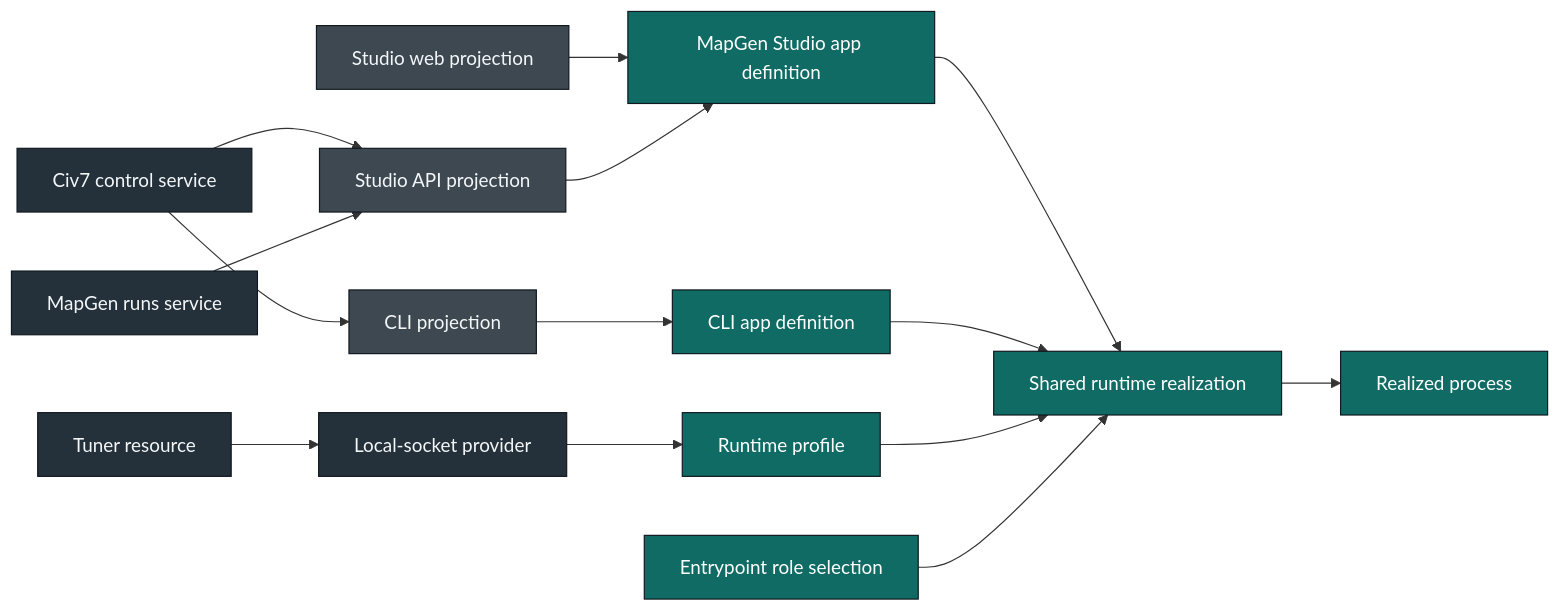
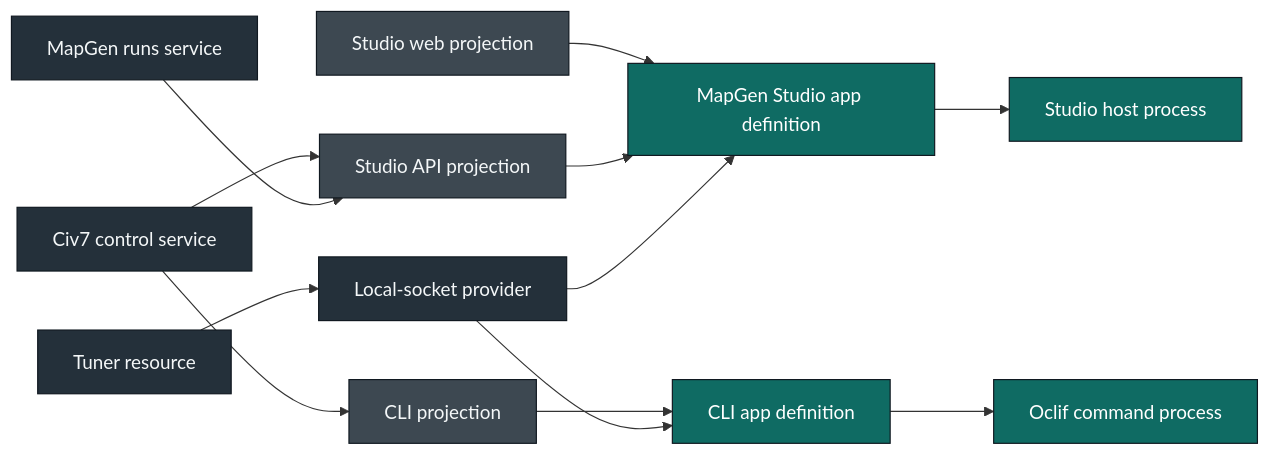
One commit to mateicanavra/civ7-modding-tools changed the diagram in docs/projects/civ7-capability-realization/FRAME.md. Above: the diagram before and after it, drawn with Mermaid. The commit also changed other lines of this file and 8 other files, not shown here.

````diff
--- a/docs/projects/civ7-capability-realization/FRAME.md
+++ b/docs/projects/civ7-capability-realization/FRAME.md
@@ -282,23 +294,21 @@
 ```mermaid
 flowchart LR
   Resource["Tuner resource"] --> Provider["Local-socket provider"]
   Control["Civ7 control service"] --> CLI["CLI projection"]
   Control --> StudioAPI["Studio API projection"]
   Runs["MapGen runs service"] --> StudioAPI
   Web["Studio web projection"] --> Studio["MapGen Studio app definition"]
   StudioAPI --> Studio
   CLI --> CLIApp["CLI app definition"]
-  Provider --> Profile["Runtime profile"]
-  Studio --> Runtime["Shared runtime realization"]
-  CLIApp --> Runtime
-  Profile --> Runtime
-  Entry["Entrypoint role selection"] --> Runtime
-  Runtime --> Process["Realized process"]
+  Provider --> Studio
+  Provider --> CLIApp
+  Studio --> StudioProcess["Studio host process"]
+  CLIApp --> CLIProcess["Oclif command process"]
 
   classDef truth fill:#24303a,stroke:#101820,color:#f4f7f8;
   classDef projection fill:#3d4851,stroke:#101820,color:#f4f7f8;
   classDef runtime fill:#0f6b63,stroke:#101820,color:#ffffff;
   class Resource,Provider,Control,Runs truth;
   class CLI,StudioAPI,Web projection;
-  class Studio,CLIApp,Profile,Entry,Runtime,Process runtime;
+  class Studio,CLIApp,StudioProcess,CLIProcess runtime;
 ```
````
